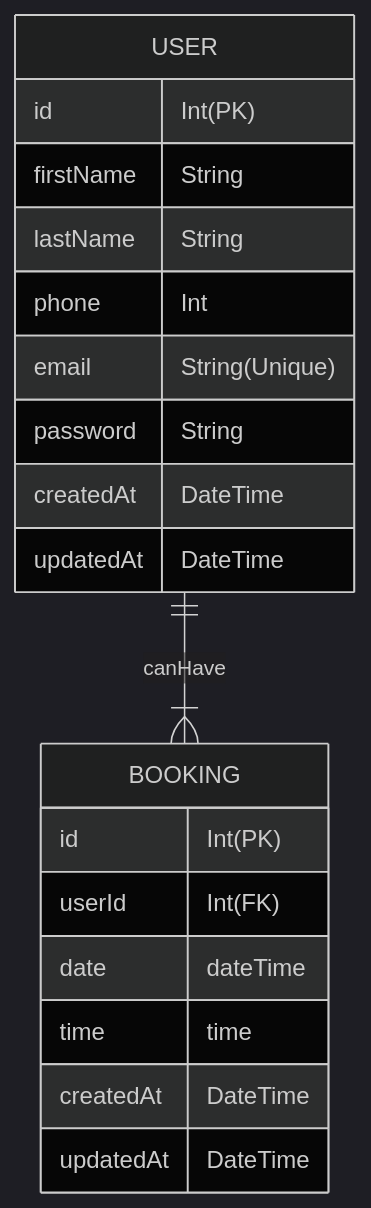
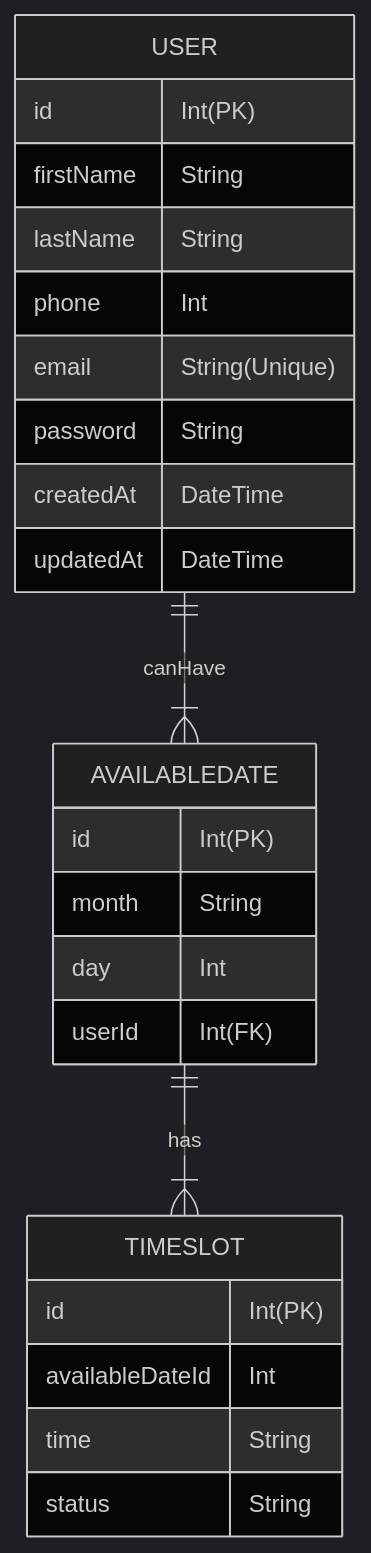
The diagram in ERD.md (PeachyOmnivore/WellGroundedCounsellingServer), drawn with Mermaid (dark theme) before and after one commit.

Commit message:
docs: Updated ERD with new tables

````diff
--- a/ERD.md
+++ b/ERD.md
@@ -3,27 +3,34 @@
 ```mermaid
 
 erDiagram
 
 USER {
     id Int(PK)
     firstName String
     lastName String
     phone Int
     email String(Unique)
     password String
     createdAt DateTime
     updatedAt DateTime
 }
 
-BOOKING {
+AVAILABLEDATE {
     id Int(PK)
+    month  String
+    day    Int
     userId Int(FK)
-    date dateTime
-    time time
-    createdAt DateTime
-    updatedAt DateTime
 }
 
-USER ||--|{ BOOKING : canHave
+TIMESLOT {
+    id Int(PK)
+    availableDateId Int
+    time String
+    status String
+}
+
+USER ||--|{ AVAILABLEDATE : canHave
+
+AVAILABLEDATE ||--|{ TIMESLOT : has
 
 ```
````
